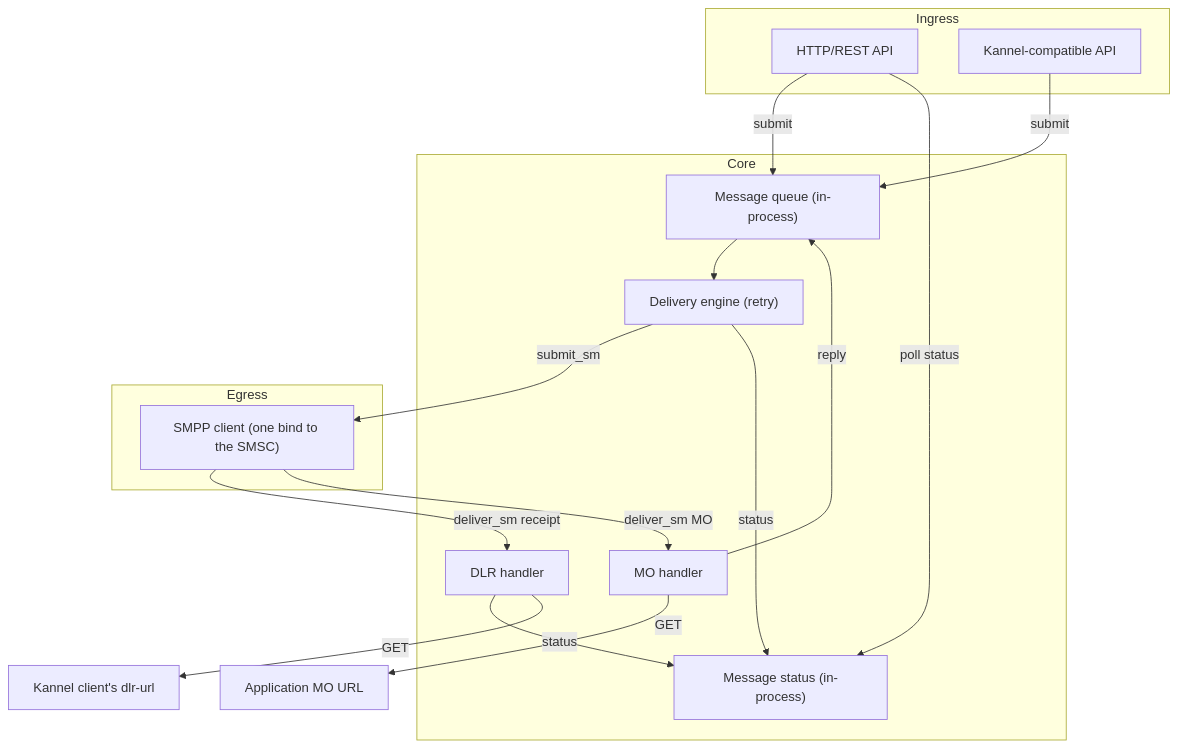
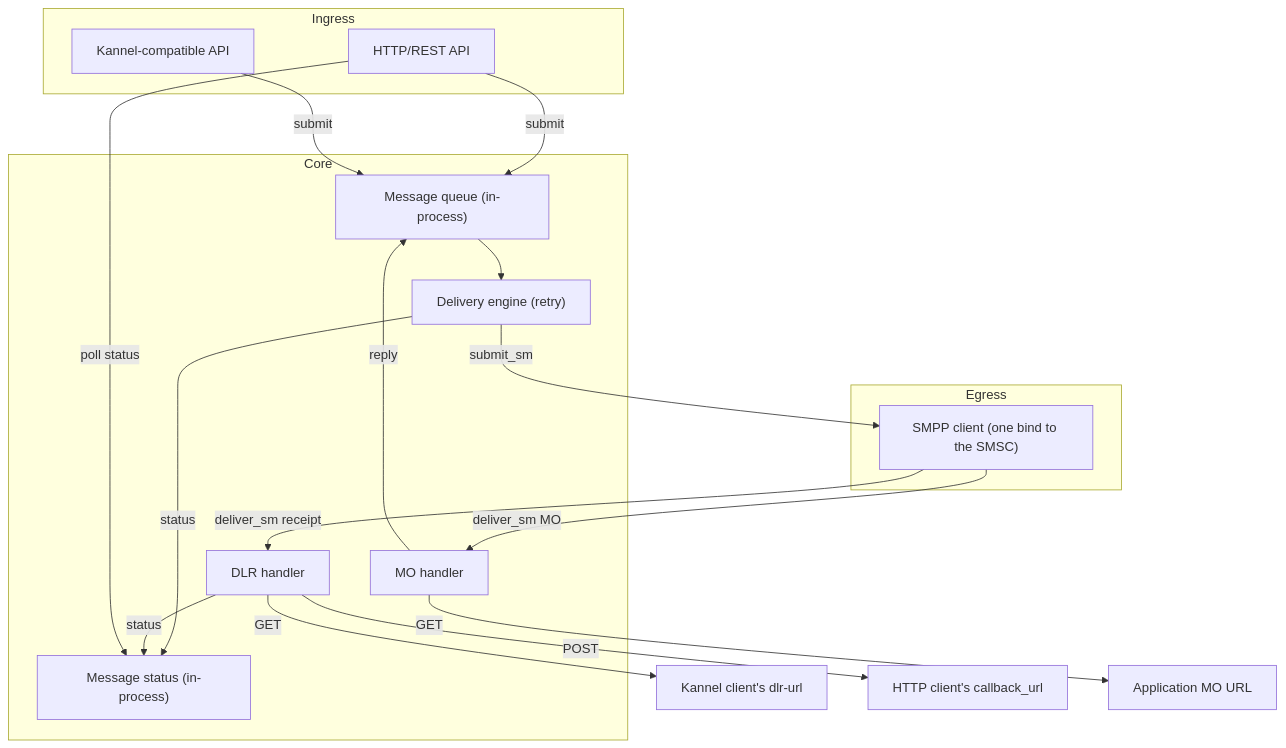
Before and after one commit to codcod/porth: the diagram in docs/user-manual/introduction.adoc, drawn with Mermaid. The commit also changed other lines of this file and 19 other files, not shown here.

First line of the commit message:
feat(api): report a REST message's final status to its callback URL (POR-026)

```diff
--- a/docs/user-manual/introduction.adoc
+++ b/docs/user-manual/introduction.adoc
@@ -36,32 +36,34 @@
 [mermaid]
 ....
 flowchart TB
     subgraph Ingress
         HTTP_API["HTTP/REST API"]
         Kannel_API["Kannel-compatible API"]
     end
     subgraph Core
         Queue["Message queue (in-process)"]
         Delivery["Delivery engine (retry)"]
         Store["Message status (in-process)"]
         DLR["DLR handler"]
         MO["MO handler"]
     end
     subgraph Egress
         SMPP_Client["SMPP client (one bind to the SMSC)"]
     end
     KannelTarget["Kannel client's dlr-url"]
+    RestTarget["HTTP client's callback_url"]
     Application["Application MO URL"]
     HTTP_API -->|submit| Queue
     Kannel_API -->|submit| Queue
     Queue --> Delivery
     Delivery -->|submit_sm| SMPP_Client
     Delivery -->|status| Store
     SMPP_Client -->|deliver_sm receipt| DLR
     DLR -->|status| Store
     DLR -->|GET| KannelTarget
+    DLR -->|POST| RestTarget
     SMPP_Client -->|deliver_sm MO| MO
     MO -->|GET| Application
     MO -->|reply| Queue
     HTTP_API -->|poll status| Store
 ....
```
